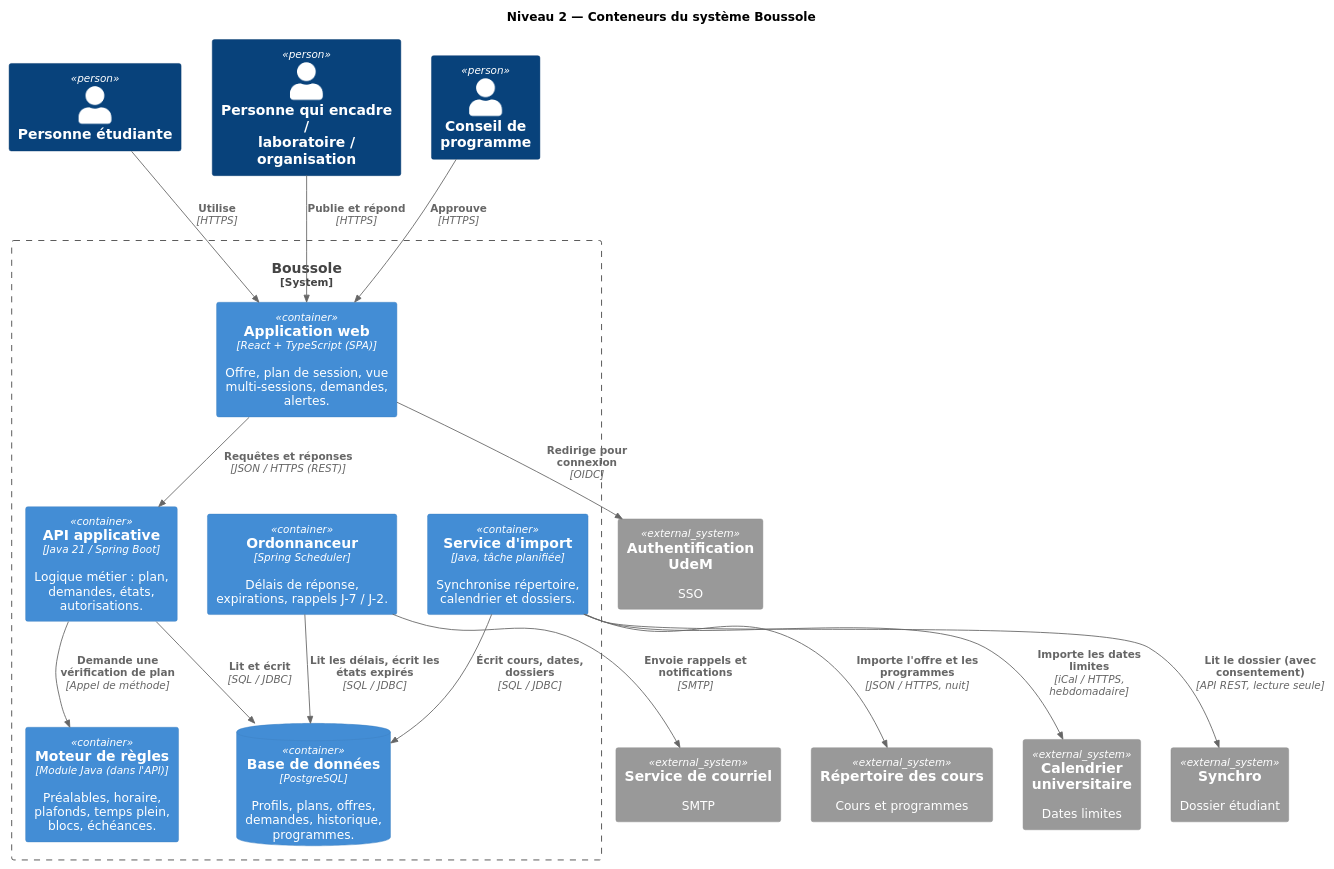
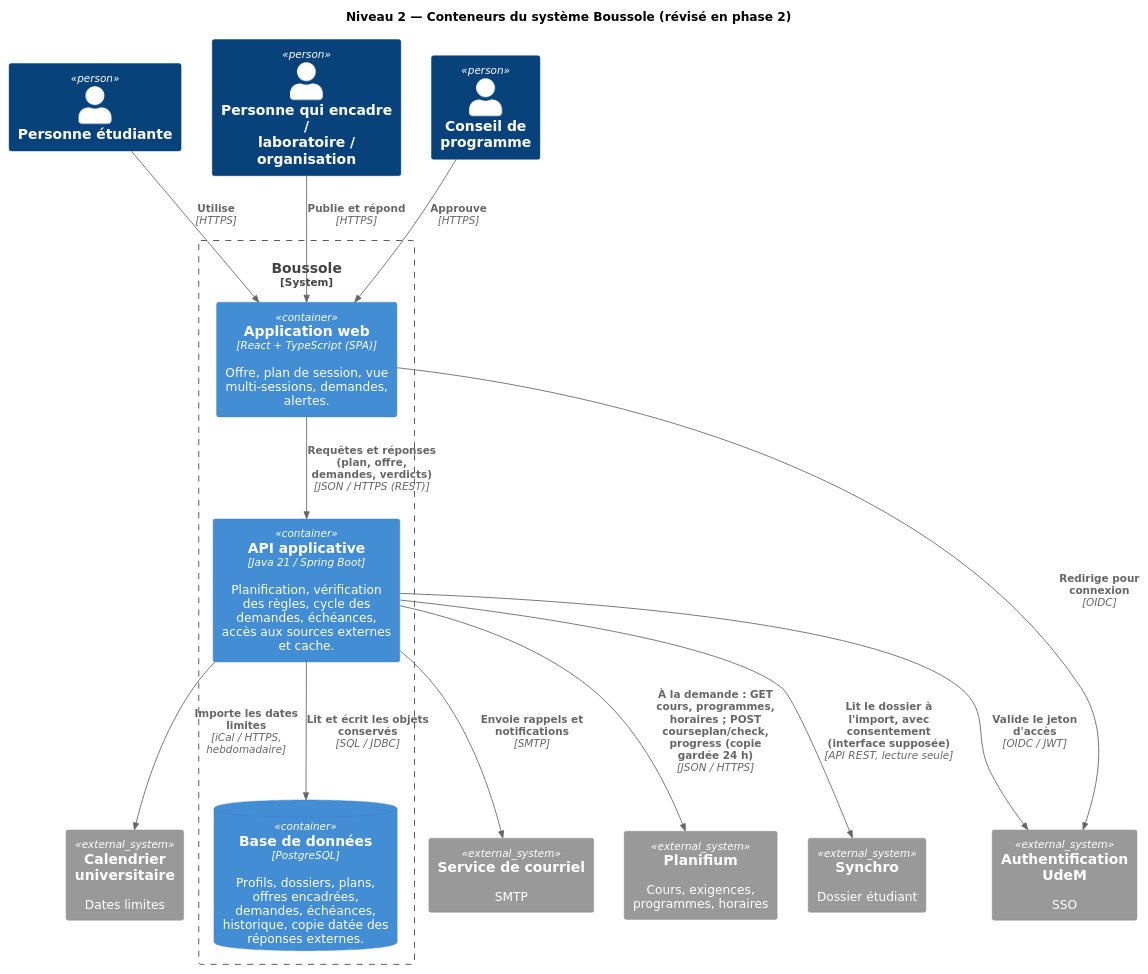
The diagram in docs/diagrammes/A3-C4-niveau2-conteneurs.puml (sndsbst-bit/IFT1225Projet), drawn with PlantUML before and after one commit. The commit also changed 14 other files, not shown here.

Commit message:
Phase 2 : révision des diagrammes de la phase 1

```diff
--- a/docs/diagrammes/A3-C4-niveau2-conteneurs.puml
+++ b/docs/diagrammes/A3-C4-niveau2-conteneurs.puml
@@ -1,39 +1,39 @@
 @startuml A3-C4-niveau2-conteneurs
+' Révision phase 2 :
+'  - Planifium remplace le Répertoire des cours et programmes.
+'  - Moteur de règles, Ordonnanceur et Service d'import étaient des modules du même déploiement
+'    Spring Boot : au sens C4, ce sont des composants. Ils sont détaillés au niveau 3 (B1).
+'  - Planifium est appelé par l'API, jamais par le navigateur (CORS, cache, tolérance aux pannes).
 !include <C4/C4_Container>
 skinparam defaultFontName DejaVu Sans
 LAYOUT_TOP_DOWN()
-title Niveau 2 — Conteneurs du système Boussole
+title Niveau 2 — Conteneurs du système Boussole (révisé en phase 2)
 
 Person(etu, "Personne étudiante", "")
 Person(enc, "Personne qui encadre /\nlaboratoire / organisation", "")
 Person(cp, "Conseil de programme", "")
 
 System_Boundary(b, "Boussole") {
   Container(spa, "Application web", "React + TypeScript (SPA)", "Offre, plan de session, vue multi-sessions, demandes, alertes.")
-  Container(api, "API applicative", "Java 21 / Spring Boot", "Logique métier : plan, demandes, états, autorisations.")
-  Container(regles, "Moteur de règles", "Module Java (dans l'API)", "Préalables, horaire, plafonds, temps plein, blocs, échéances.")
-  Container(ordo, "Ordonnanceur", "Spring Scheduler", "Délais de réponse, expirations, rappels J-7 / J-2.")
-  Container(imp, "Service d'import", "Java, tâche planifiée", "Synchronise répertoire, calendrier et dossiers.")
-  ContainerDb(bd, "Base de données", "PostgreSQL", "Profils, plans, offres, demandes, historique, programmes.")
+  Container(api, "API applicative", "Java 21 / Spring Boot", "Planification, vérification des règles, cycle des demandes, échéances, accès aux sources externes et cache.")
+  ContainerDb(bd, "Base de données", "PostgreSQL", "Profils, dossiers, plans, offres encadrées, demandes, échéances, historique, copie datée des réponses externes.")
 }
 
+System_Ext(plan, "Planifium", "Cours, exigences, programmes, horaires")
 System_Ext(syn, "Synchro", "Dossier étudiant")
-System_Ext(rep, "Répertoire des cours", "Cours et programmes")
 System_Ext(cal, "Calendrier universitaire", "Dates limites")
 System_Ext(auth, "Authentification UdeM", "SSO")
 System_Ext(mail, "Service de courriel", "SMTP")
 
 Rel(etu, spa, "Utilise", "HTTPS")
 Rel(enc, spa, "Publie et répond", "HTTPS")
 Rel(cp, spa, "Approuve", "HTTPS")
-Rel(spa, api, "Requêtes et réponses", "JSON / HTTPS (REST)")
+Rel(spa, api, "Requêtes et réponses (plan, offre, demandes, verdicts)", "JSON / HTTPS (REST)")
 Rel(spa, auth, "Redirige pour connexion", "OIDC")
-Rel(api, regles, "Demande une vérification de plan", "Appel de méthode")
-Rel(api, bd, "Lit et écrit", "SQL / JDBC")
-Rel(ordo, bd, "Lit les délais, écrit les états expirés", "SQL / JDBC")
-Rel(ordo, mail, "Envoie rappels et notifications", "SMTP")
-Rel(imp, bd, "Écrit cours, dates, dossiers", "SQL / JDBC")
-Rel(imp, syn, "Lit le dossier (avec consentement)", "API REST, lecture seule")
-Rel(imp, rep, "Importe l'offre et les programmes", "JSON / HTTPS, nuit")
-Rel(imp, cal, "Importe les dates limites", "iCal / HTTPS, hebdomadaire")
+Rel(api, auth, "Valide le jeton d'accès", "OIDC / JWT")
+Rel(api, bd, "Lit et écrit les objets conservés", "SQL / JDBC")
+Rel(api, plan, "À la demande : GET cours, programmes, horaires ; POST courseplan/check, progress (copie gardée 24 h)", "JSON / HTTPS")
+Rel(api, syn, "Lit le dossier à l'import, avec consentement (interface supposée)", "API REST, lecture seule")
+Rel(api, cal, "Importe les dates limites", "iCal / HTTPS, hebdomadaire")
+Rel(api, mail, "Envoie rappels et notifications", "SMTP")
 @enduml
```
